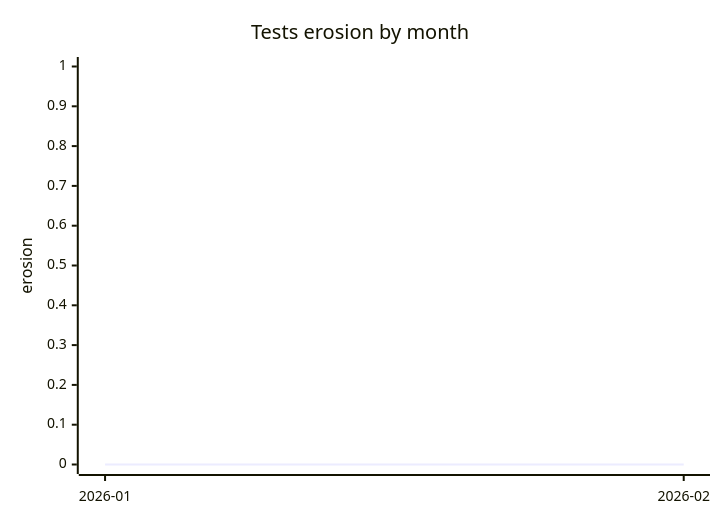
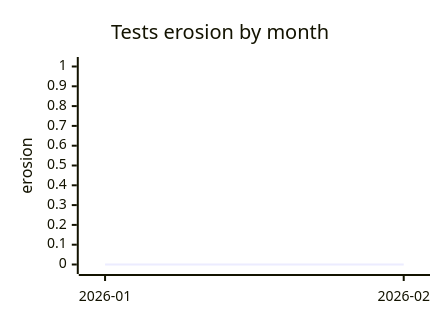
Before and after one commit to SolenesInc/slopradar: the second of 2 diagrams in testdata/report/diff.md, drawn with Mermaid. The commit also changed other lines of this file and 2 other files, not shown here.

Commit message:
Render the trend charts at 60% of mermaid's default size (#4)
The two xychart blocks in the diff report carry an init directive setting width 420 and height 300, 60% of mermaid's 700 by 500 defaults, so the charts read as part of the report instead of filling the comment.

Claude-Session: https://claude.ai/code/session_01P5czL2bUySDBCS4LidDCAc

````diff
--- a/testdata/report/diff.md
+++ b/testdata/report/diff.md
@@ -61,7 +62,8 @@
 ```mermaid
+%%{init: {"xyChart": {"width": 420, "height": 300}}}%%
 xychart-beta
     title "Tests erosion by month"
     x-axis ["2026-01", "2026-02"]
     y-axis "erosion" 0 --> 1
     line [0.000000, 0.000000]
 ```
````
